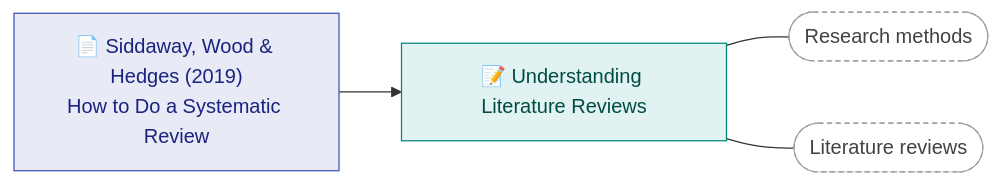
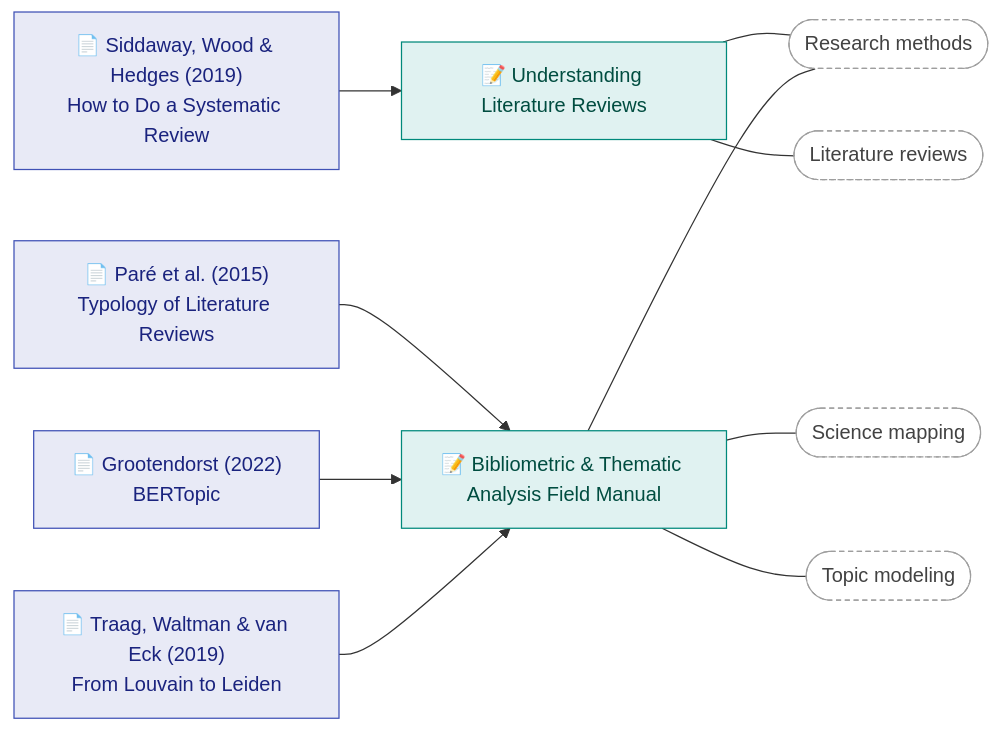
The diagram in docs/library.md (Sour-abh-Raj/research-notes), drawn with Mermaid before and after one commit. The commit also changed other lines of this file and 1 other file, not shown here.

Commit message:
Add bibliometric & thematic analysis field manual (series post #2)
Covers SLR typology (Paré et al. 2015), co-citation/coupling/co-word,
BERTopic pipeline (UMAP/HDBSCAN/c-TF-IDF/representation models),
Leiden community detection, and gap-detection algorithms. Updates
library.md table + reading-map graph.

````diff
--- a/docs/library.md
+++ b/docs/library.md
@@ -22,18 +22,30 @@
 ```mermaid
 graph LR
     P1["📄 Siddaway, Wood & Hedges (2019)<br/>How to Do a Systematic Review"]
+    P2["📄 Paré et al. (2015)<br/>Typology of Literature Reviews"]
+    P3["📄 Grootendorst (2022)<br/>BERTopic"]
+    P4["📄 Traag, Waltman & van Eck (2019)<br/>From Louvain to Leiden"]
     A1["📝 Understanding Literature Reviews"]
+    A2["📝 Bibliometric & Thematic Analysis Field Manual"]
     T1(["Research methods"])
     T2(["Literature reviews"])
+    T3(["Science mapping"])
+    T4(["Topic modeling"])
 
     P1 --> A1
+    P2 --> A2
+    P3 --> A2
+    P4 --> A2
     A1 --- T1
     A1 --- T2
+    A2 --- T1
+    A2 --- T3
+    A2 --- T4
 
     classDef paper fill:#e8eaf6,stroke:#3f51b5,color:#1a237e;
     classDef article fill:#e0f2f1,stroke:#00897b,color:#004d40;
     classDef topic fill:#fff,stroke:#9e9e9e,color:#424242,stroke-dasharray: 4 3;
-    class P1 paper;
-    class A1 article;
-    class T1,T2 topic;
+    class P1,P2,P3,P4 paper;
+    class A1,A2 article;
+    class T1,T2,T3,T4 topic;
 ```
````
